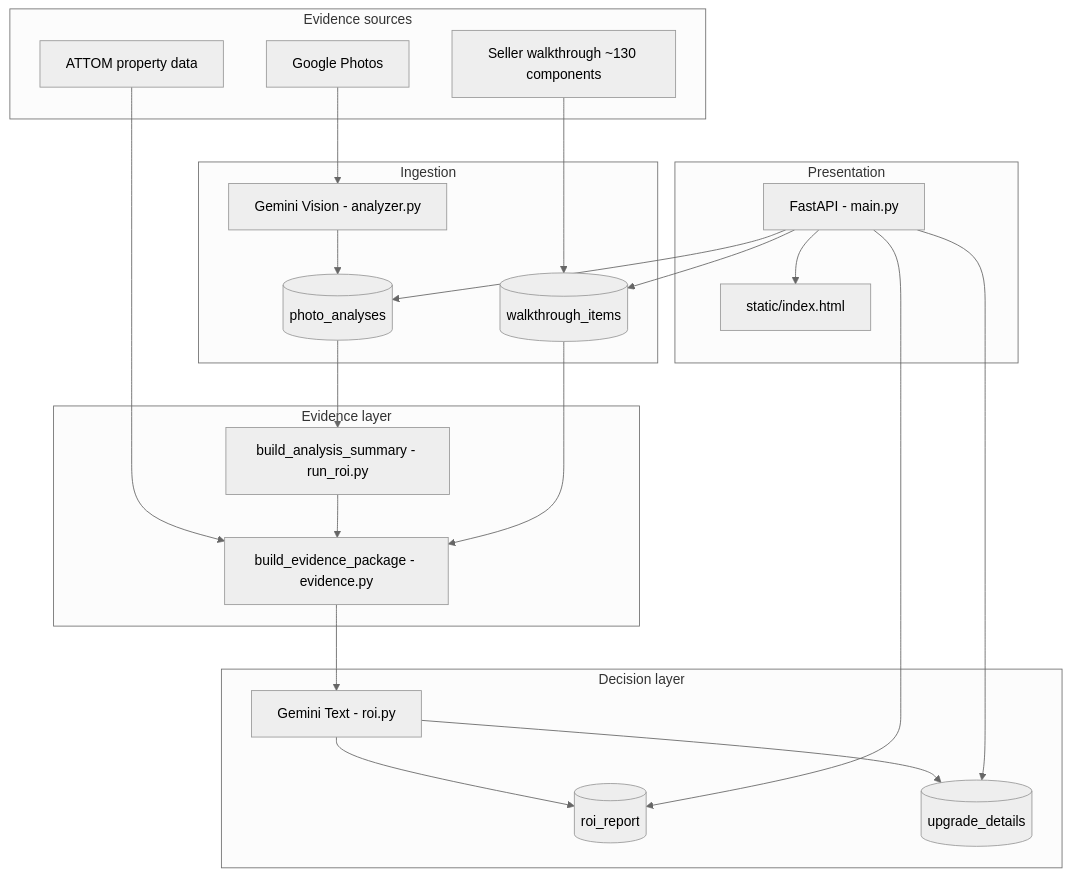
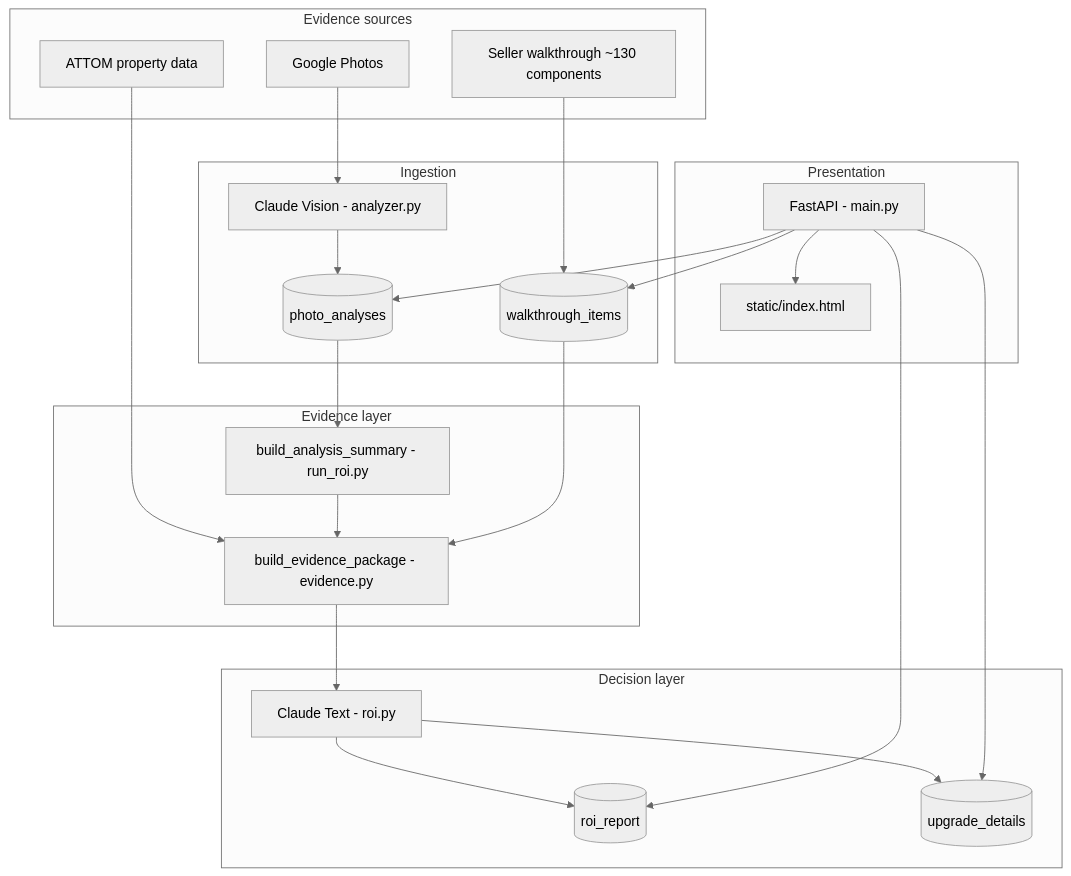
The diagram in docs/architecture.md (kireland3517/simpsonville-analyzer), drawn with Mermaid (neutral theme) before and after one commit. The commit also changed other lines of this file and 9 other files, not shown here.

````diff
--- a/docs/architecture.md
+++ b/docs/architecture.md
@@ -21,43 +21,43 @@
 ```mermaid
 flowchart TB
     subgraph sources [Evidence sources]
         photos[Google Photos]
         walkthrough[Seller walkthrough ~130 components]
         attom[ATTOM property data]
     end
 
     subgraph ingest [Ingestion]
-        vision[Gemini Vision - analyzer.py]
+        vision[Claude Vision - analyzer.py]
         photoDB[(photo_analyses)]
         wtDB[(walkthrough_items)]
     end
 
     subgraph merge [Evidence layer]
         summary[build_analysis_summary - run_roi.py]
         package[build_evidence_package - evidence.py]
     end
 
     subgraph decision [Decision layer]
-        roi[Gemini Text - roi.py]
+        roi[Claude Text - roi.py]
         reportDB[(roi_report)]
         detailsDB[(upgrade_details)]
     end
 
     subgraph ui [Presentation]
         spa[static/index.html]
         api[FastAPI - main.py]
     end
 
     photos --> vision --> photoDB
     walkthrough --> wtDB
     attom --> package
     photoDB --> summary --> package
     wtDB --> package
     package --> roi --> reportDB
     roi --> detailsDB
     api --> spa
     api --> photoDB
     api --> wtDB
     api --> reportDB
     api --> detailsDB
 ```
````
